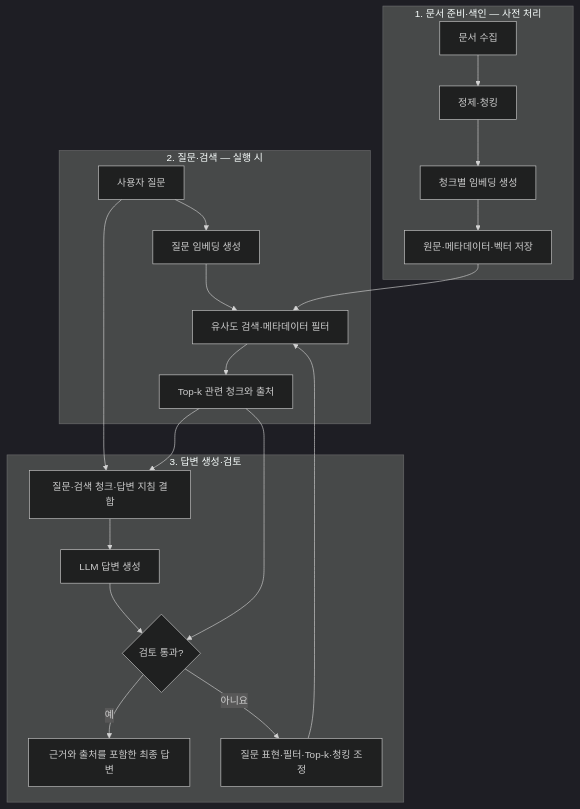
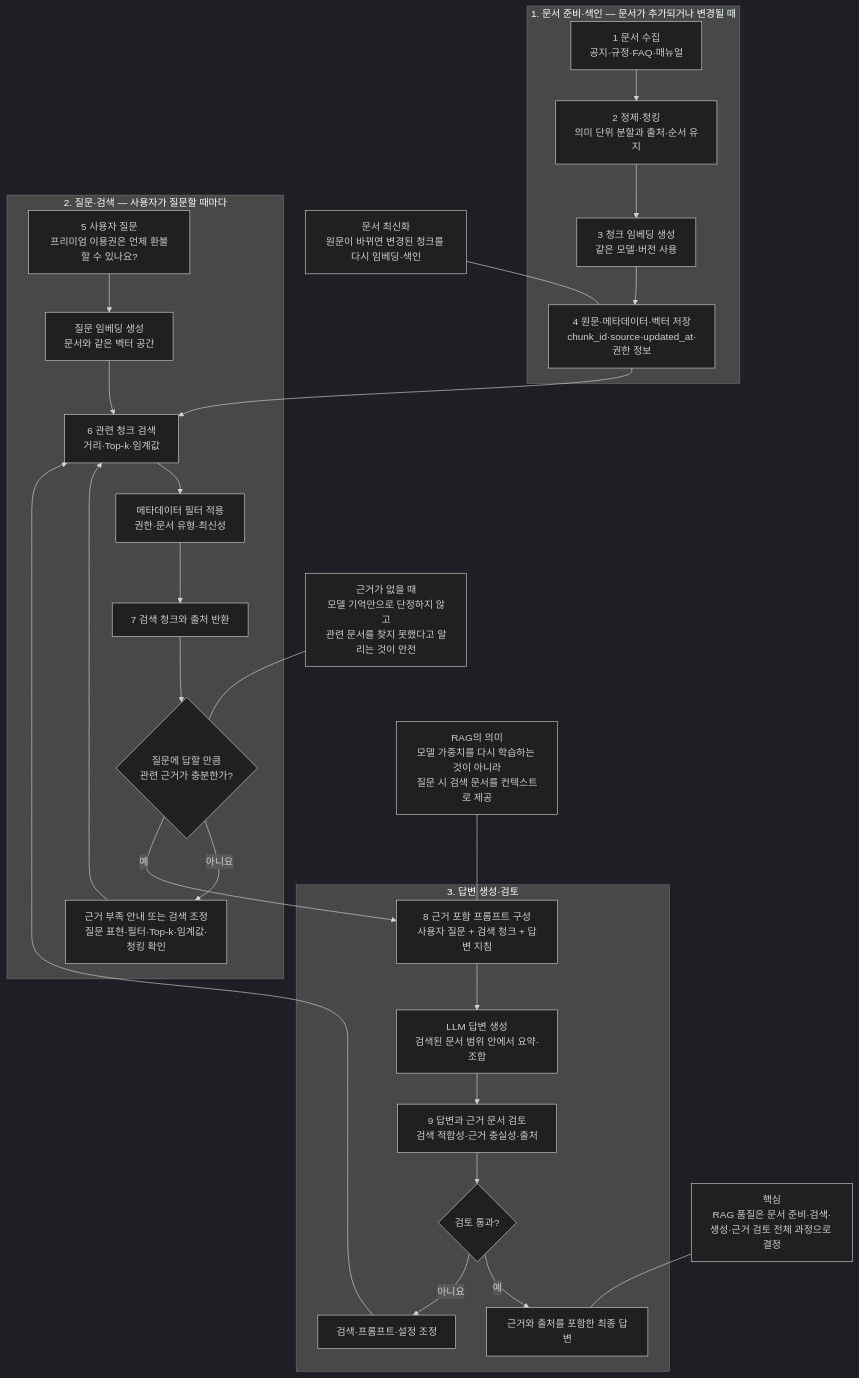
Before and after one commit to GilbertMoon/ai-database-book: the diagram in images/chapter14/ch14_05_rag_pipeline.mmd, drawn with Mermaid (dark theme).

Commit message:
docs(ch14): refine RAG pipeline source

```diff
--- a/images/chapter14/ch14_05_rag_pipeline.mmd
+++ b/images/chapter14/ch14_05_rag_pipeline.mmd
@@ -1,24 +1,32 @@
 flowchart TB
-    subgraph INDEX[1. 문서 준비·색인 — 사전 처리]
-        A[문서 수집] --> B[정제·청킹]
-        B --> C[청크별 임베딩 생성]
-        C --> D[원문·메타데이터·벡터 저장]
+    subgraph INDEX[1. 문서 준비·색인 — 문서가 추가되거나 변경될 때]
+        A[1 문서 수집<br/>공지·규정·FAQ·매뉴얼] --> B[2 정제·청킹<br/>의미 단위 분할과 출처·순서 유지]
+        B --> C[3 청크 임베딩 생성<br/>같은 모델·버전 사용]
+        C --> D[4 원문·메타데이터·벡터 저장<br/>chunk_id·source·updated_at·권한 정보]
     end
 
-    subgraph RETRIEVE[2. 질문·검색 — 실행 시]
-        E[사용자 질문] --> F[질문 임베딩 생성]
-        F --> G[유사도 검색·메타데이터 필터]
+    subgraph RETRIEVE[2. 질문·검색 — 사용자가 질문할 때마다]
+        E[5 사용자 질문<br/>프리미엄 이용권은 언제 환불할 수 있나요?] --> F[질문 임베딩 생성<br/>문서와 같은 벡터 공간]
+        F --> G[6 관련 청크 검색<br/>거리·Top-k·임계값]
         D --> G
-        G --> H[Top-k 관련 청크와 출처]
+        G --> H[메타데이터 필터 적용<br/>권한·문서 유형·최신성]
+        H --> I[7 검색 청크와 출처 반환]
+        I --> J{질문에 답할 만큼<br/>관련 근거가 충분한가?}
+        J -- 아니요 --> J1[근거 부족 안내 또는 검색 조정<br/>질문 표현·필터·Top-k·임계값·청킹 확인]
+        J1 --> G
     end
 
     subgraph GENERATE[3. 답변 생성·검토]
-        E --> I[질문·검색 청크·답변 지침 결합]
-        H --> I
-        I --> J[LLM 답변 생성]
-        J --> K{검토 통과?}
-        H --> K
-        K -- 예 --> L[근거와 출처를 포함한 최종 답변]
-        K -- 아니요 --> M[질문 표현·필터·Top-k·청킹 조정]
-        M --> G
+        J -- 예 --> K[8 근거 포함 프롬프트 구성<br/>사용자 질문 + 검색 청크 + 답변 지침]
+        K --> L[LLM 답변 생성<br/>검색된 문서 범위 안에서 요약·조합]
+        L --> M[9 답변과 근거 문서 검토<br/>검색 적합성·근거 충실성·출처]
+        M --> N{검토 통과?}
+        N -- 예 --> O[근거와 출처를 포함한 최종 답변]
+        N -- 아니요 --> P[검색·프롬프트·설정 조정]
+        P --> G
     end
+
+    N1[RAG의 의미<br/>모델 가중치를 다시 학습하는 것이 아니라<br/>질문 시 검색 문서를 컨텍스트로 제공] --- K
+    N2[근거가 없을 때<br/>모델 기억만으로 단정하지 않고<br/>관련 문서를 찾지 못했다고 알리는 것이 안전] --- J
+    N3[문서 최신화<br/>원문이 바뀌면 변경된 청크를 다시 임베딩·색인] --- D
+    N4[핵심<br/>RAG 품질은 문서 준비·검색·생성·근거 검토 전체 과정으로 결정] --- O
```
